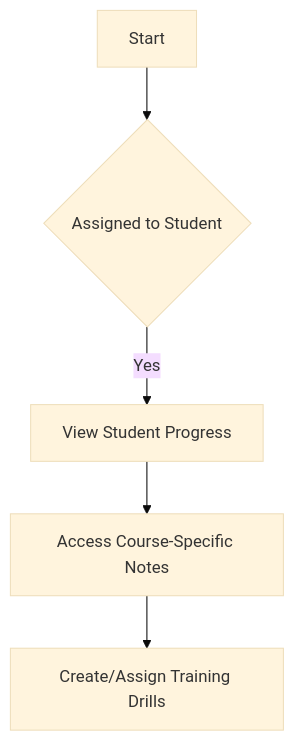
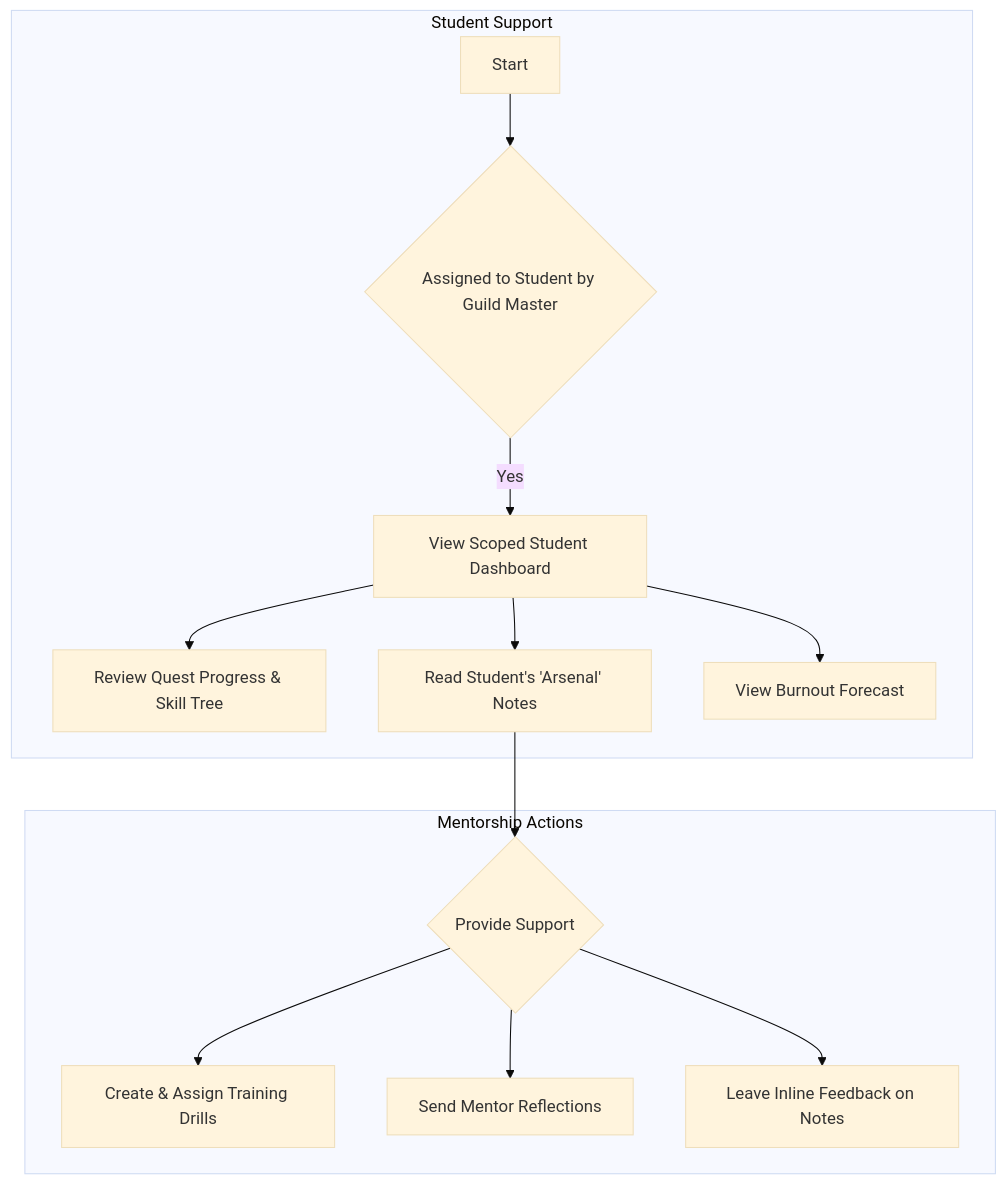
The third of 5 diagrams in docs/prd/user-flows.md (FA25SE050-RogueLearn/RogueLearn.BMAD.Documentation), drawn with Mermaid (base theme) before and after one commit. The commit also changed other lines of this file and 2 other files, not shown here.

````diff
--- a/docs/prd/user-flows.md
+++ b/docs/prd/user-flows.md
@@ -72,7 +81,17 @@
 ```mermaid
 graph TD
-    A[Start] --> B{Assigned to Student};
-    B -- Yes --> C[View Student Progress];
-    C --> D[Access Course-Specific Notes];
-    D --> E[Create/Assign Training Drills];
+    subgraph "Student Support"
+        A[Start] --> B{Assigned to Student by Guild Master};
+        B -- Yes --> C[View Scoped Student Dashboard];
+        C --> D[Review Quest Progress & Skill Tree];
+        C --> E[Read Student's 'Arsenal' Notes];
+        C --> F[View Burnout Forecast];
+    end
+
+    subgraph "Mentorship Actions"
+        E --> G{Provide Support};
+        G --> H[Create & Assign Training Drills];
+        G --> I[Send Mentor Reflections];
+        G --> J[Leave Inline Feedback on Notes];
+    end
 ```
````
